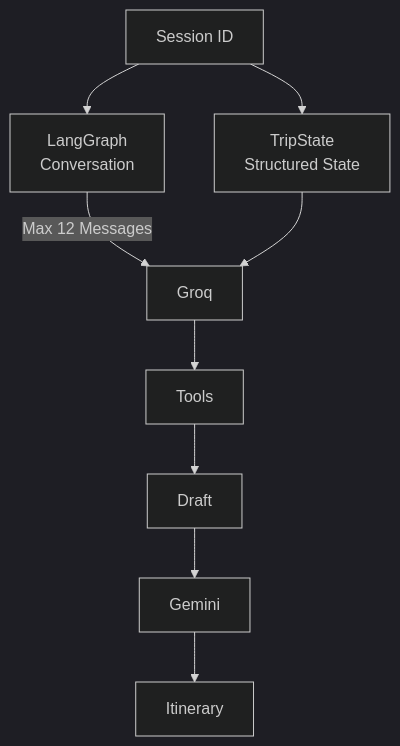
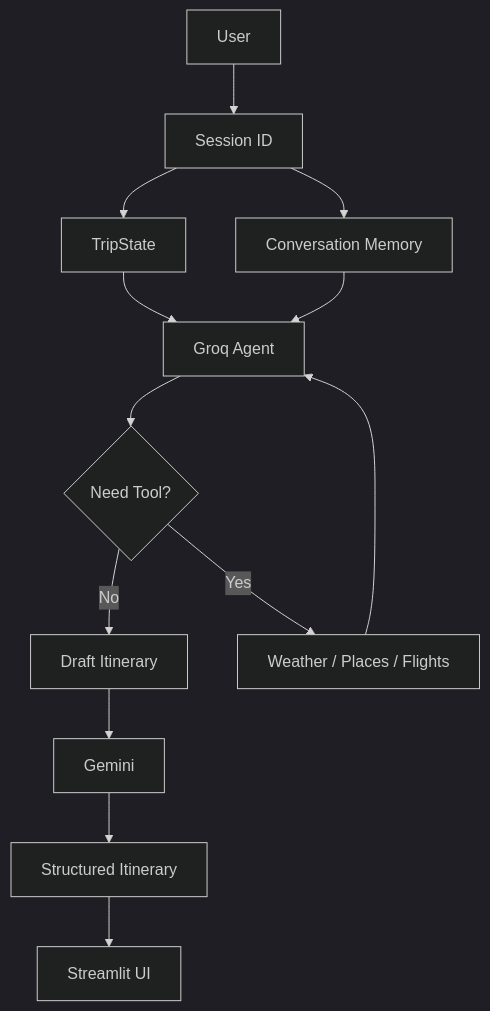
One commit to krishgarg344/Autonomous-Travel-Planner changed the diagram in README.md. Above: the diagram before and after it, drawn with Mermaid (dark theme). The commit also changed other lines of this file and 1 other file, not shown here.

````diff
--- a/README.md
+++ b/README.md
@@ -36,13 +36,18 @@
 ```mermaid
 flowchart TD
-    A[Session ID] --> B[TripState<br>Structured State]
-    A --> C[LangGraph<br>Conversation]
-    
-    C -- Max 12 Messages --> D[Groq]
-    B --> D
-    
-    D --> E[Tools]
-    E --> F[Draft]
-    F --> G[Gemini]
-    G --> H[Itinerary]
+    A[User] --> B[Session ID]
+    B --> C[TripState]
+    B --> D[Conversation Memory]
+
+    C --> E[Groq Agent]
+    D --> E
+
+    E --> F{Need Tool?}
+    F -- No --> G[Draft Itinerary]
+    F -- Yes --> H[Weather / Places / Flights]
+    H --> E
+
+    G --> I[Gemini]
+    I --> J[Structured Itinerary]
+    J --> K[Streamlit UI]
 ```
````
